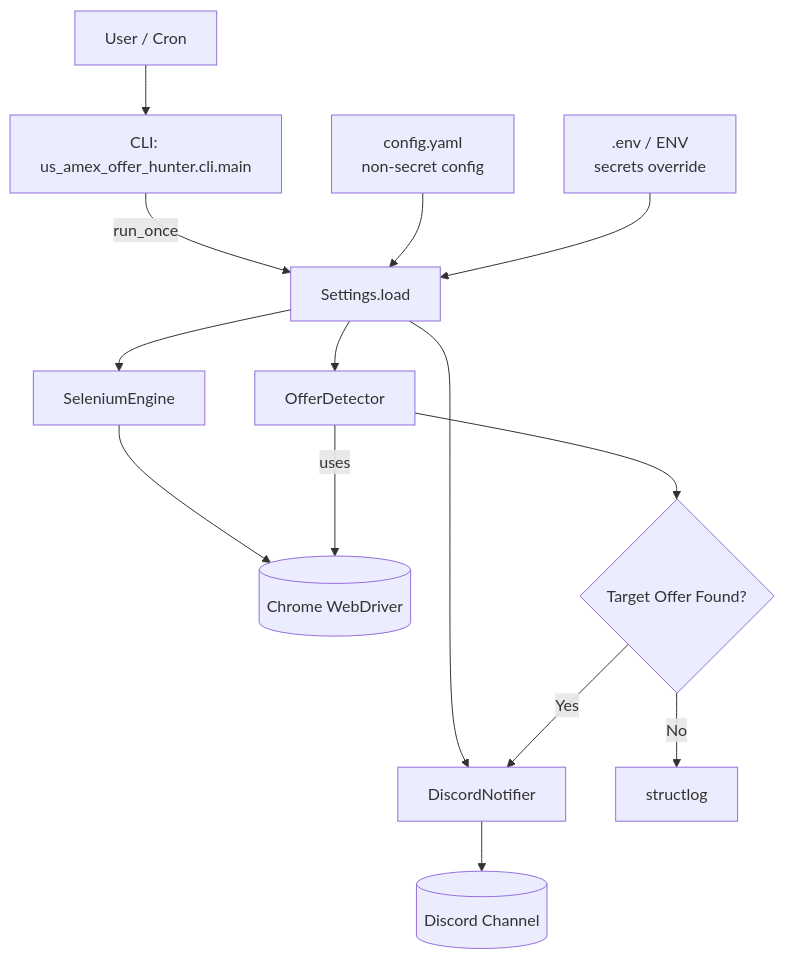
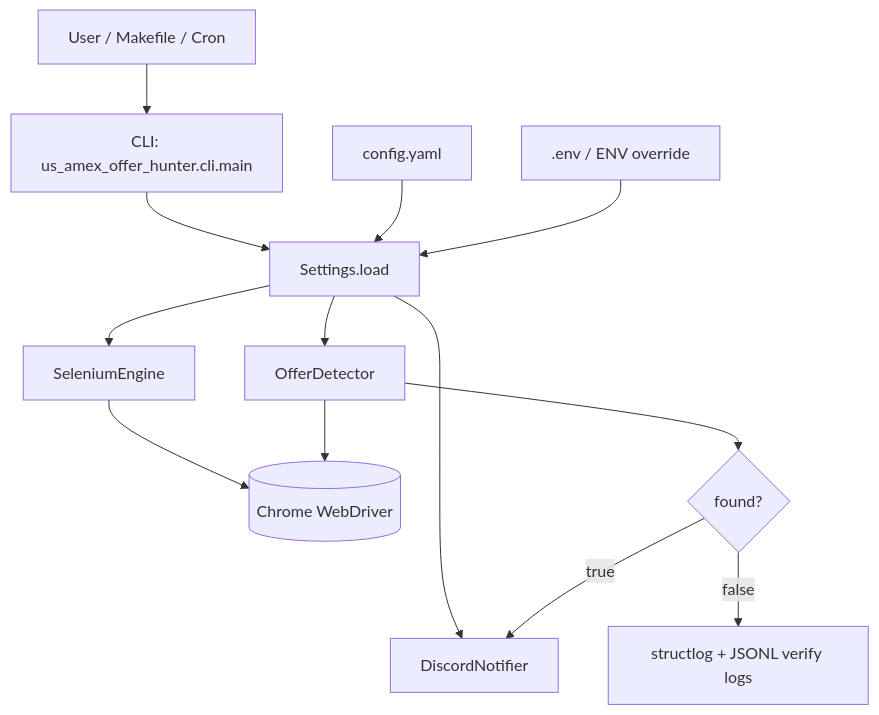
The diagram in docs/DESIGN.md (Masakazoo/us-amex-offer-hunter), drawn with Mermaid before and after one commit. The commit also changed other lines of this file and 1 other file, not shown here.

First line of the commit message:
docs: reshape design and roadmap for execution management

````diff
--- a/docs/DESIGN.md
+++ b/docs/DESIGN.md
@@ -27,19 +19,18 @@
 ```mermaid
 flowchart TD
-    U[User / Cron] --> CLI[CLI: us_amex_offer_hunter.cli.main]
-    CLI -->|run_once| S[Settings.load]
+    U[User / Makefile / Cron] --> CLI[CLI: us_amex_offer_hunter.cli.main]
+    CLI --> S[Settings.load]
 
-    C[config.yaml<br/>non-secret config] --> S
-    E[.env / ENV<br/>secrets override] --> S
+    C[config.yaml] --> S
+    E[.env / ENV override] --> S
 
     S --> ENG[SeleniumEngine]
     S --> DET[OfferDetector]
     S --> NTF[DiscordNotifier]
 
     ENG --> WD[(Chrome WebDriver)]
-    DET -->|uses| WD
-    DET --> RES{Target Offer Found?}
-    RES -->|Yes| NTF
-    RES -->|No| LOG[structlog]
-    NTF --> DC[(Discord Channel)]
+    DET --> WD
+    DET --> RES{found?}
+    RES -->|true| NTF
+    RES -->|false| LOG[structlog + JSONL verify logs]
 ```
````
